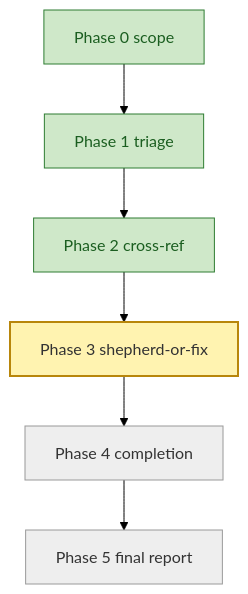
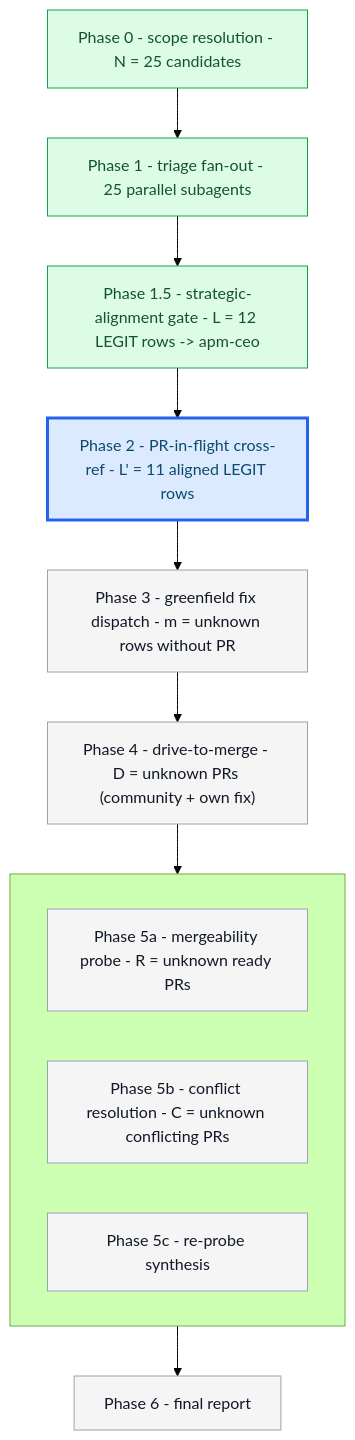
One commit to microsoft/apm changed the fourth of 8 diagrams in packages/batch-bug-shepherd/.apm/skills/batch-bug-shepherd/evals/fixtures/sweep-bug-queue.with_skill.md. Above: the diagram before and after it, drawn with Mermaid (forest theme). The commit also changed other lines of this file and 112 other files, not shown here.

````diff
--- a/packages/batch-bug-shepherd/.apm/skills/batch-bug-shepherd/evals/fixtures/sweep-bug-queue.with_skill.md
+++ b/packages/batch-bug-shepherd/.apm/skills/batch-bug-shepherd/evals/fixtures/sweep-bug-queue.with_skill.md
@@ -118,15 +157,26 @@
 ```mermaid
 flowchart TB
-    P0[Phase 0 scope]:::done
-    P1[Phase 1 triage]:::done
-    P2[Phase 2 cross-ref]:::done
-    P3[Phase 3 shepherd-or-fix]:::active
-    P4[Phase 4 completion]:::pending
-    P5[Phase 5 final report]:::pending
-    P0 --> P1 --> P2 --> P3 --> P4 --> P5
-    classDef pending fill:#eee,stroke:#999,color:#333
-    classDef active  fill:#fff3b0,stroke:#b8860b,color:#333,stroke-width:2px
-    classDef done    fill:#cfe8c9,stroke:#2e7d32,color:#1b5e20
-    classDef blocked fill:#f8c7c7,stroke:#b71c1c,color:#7f0000
-    classDef skipped fill:#f0f0f0,stroke:#bbb,color:#888,stroke-dasharray:3 3
+    P0["Phase 0 - scope resolution - N = 25 candidates"]:::done
+    P1["Phase 1 - triage fan-out - 25 parallel subagents"]:::done
+    P15["Phase 1.5 - strategic-alignment gate - L = 12 LEGIT rows -> apm-ceo"]:::done
+    P2["Phase 2 - PR-in-flight cross-ref - L' = 11 aligned LEGIT rows"]:::active
+    P3["Phase 3 - greenfield fix dispatch - m = unknown rows without PR"]:::pending
+    P4["Phase 4 - drive-to-merge - D = unknown PRs (community + own fix)"]:::pending
+
+    subgraph WAVE4[" "]
+        direction LR
+        P5a["Phase 5a - mergeability probe - R = unknown ready PRs"]:::pending
+        P5b["Phase 5b - conflict resolution - C = unknown conflicting PRs"]:::pending
+        P5c["Phase 5c - re-probe synthesis"]:::pending
+    end
+
+    P6["Phase 6 - final report"]:::pending
+
+    P0 --> P1 --> P15 --> P2 --> P3 --> P4 --> WAVE4 --> P6
+
+    classDef pending fill:#f5f5f5,stroke:#9ca3af,stroke-width:1px,color:#111827
+    classDef active  fill:#dbeafe,stroke:#2563eb,stroke-width:3px,color:#0c4a6e
+    classDef done    fill:#dcfce7,stroke:#16a34a,stroke-width:1px,color:#14532d
+    classDef blocked fill:#fef3c7,stroke:#d97706,stroke-width:2px,color:#78350f
+    classDef skipped fill:#f3f4f6,stroke:#6b7280,stroke-width:1px,stroke-dasharray:4 2,color:#374151
 ```
````
